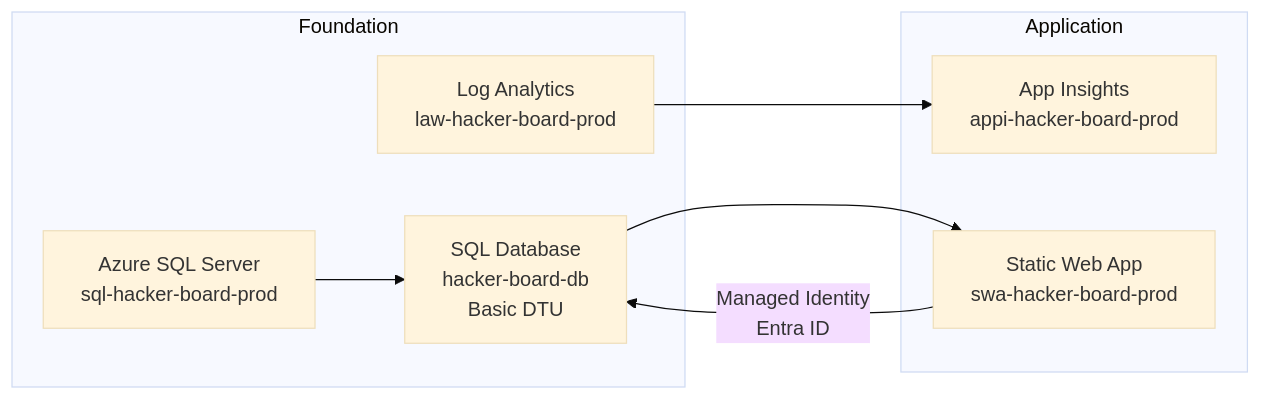
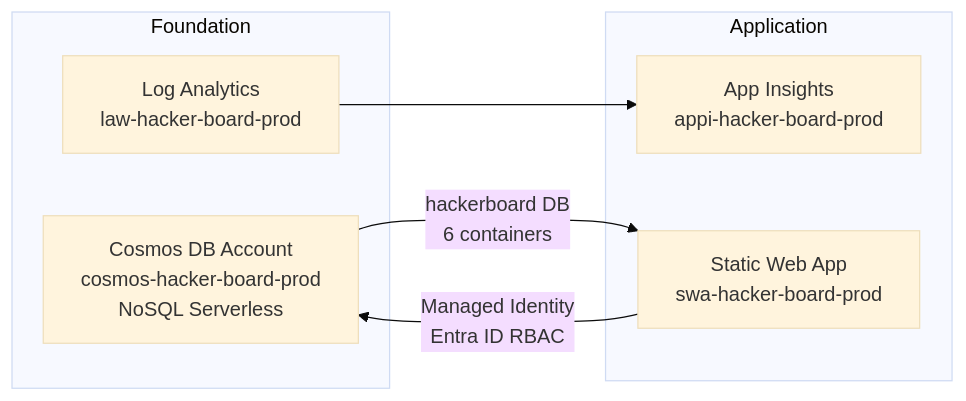
Before and after one commit to jonathan-vella/hacker-board: the second of 3 diagrams in docs/deployment-guide.md, drawn with Mermaid (base theme). The commit also changed other lines of this file and 54 other files, not shown here.

Commit message:
docs: sync cosmos db + entra architecture and governance notes

````diff
--- a/docs/deployment-guide.md
+++ b/docs/deployment-guide.md
@@ -103,18 +102,16 @@
 ```mermaid
 graph LR
     subgraph Foundation
         LA[Log Analytics<br/>law-hacker-board-prod]
-        SQL[Azure SQL Server<br/>sql-hacker-board-prod]
-        DB[SQL Database<br/>hacker-board-db<br/>Basic DTU]
+        COSMOS[Cosmos DB Account<br/>cosmos-hacker-board-prod<br/>NoSQL Serverless]
     end
 
     subgraph Application
         AI[App Insights<br/>appi-hacker-board-prod]
         SWA[Static Web App<br/>swa-hacker-board-prod]
     end
 
     LA --> AI
-    SQL --> DB
-    DB --> SWA
-    SWA -->|Managed Identity<br/>Entra ID| DB
+    COSMOS -->|hackerboard DB<br/>6 containers| SWA
+    SWA -->|Managed Identity<br/>Entra ID RBAC| COSMOS
 ```
````
